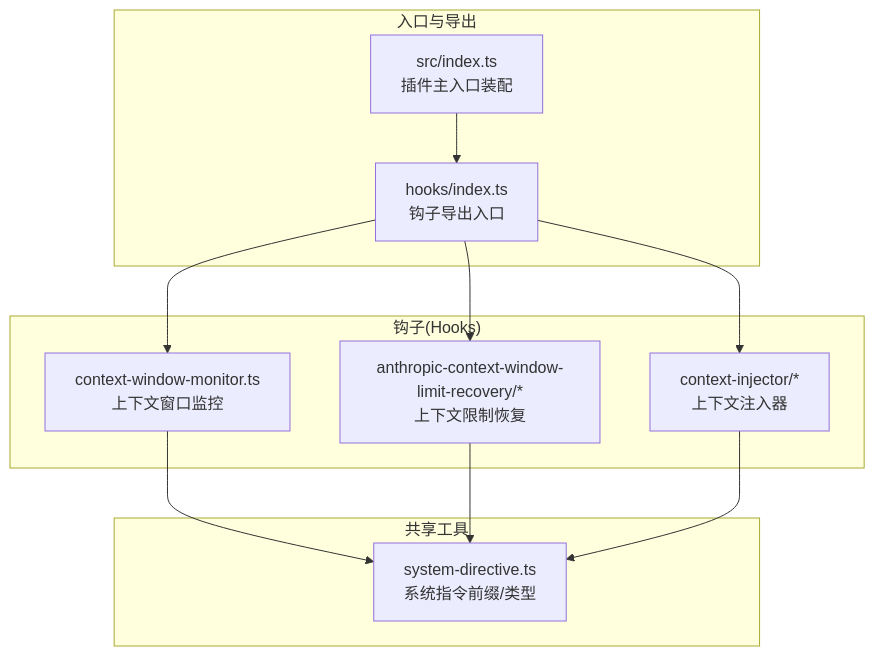
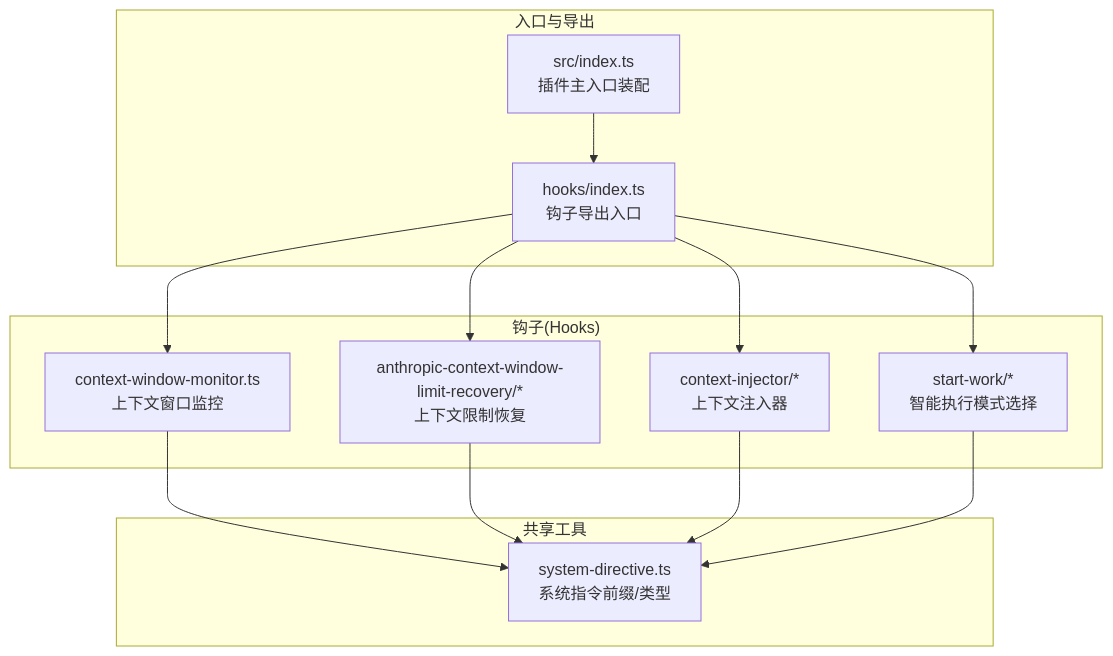
The first of 7 diagrams in .qoder/repowiki/zh/content/钩子系统/上下文监控钩子.md (code-yeongyu/oh-my-openagent), drawn with Mermaid before and after one commit. The commit also changed other lines of this file and 61 other files, not shown here.

````diff
--- a/.qoder/repowiki/zh/content/钩子系统/上下文监控钩子.md
+++ b/.qoder/repowiki/zh/content/钩子系统/上下文监控钩子.md
@@ -45,22 +55,25 @@
 ```mermaid
 graph TB
 subgraph "钩子(Hooks)"
 CW["context-window-monitor.ts<br/>上下文窗口监控"]
 ACWR["anthropic-context-window-limit-recovery/*<br/>上下文限制恢复"]
 CI["context-injector/*<br/>上下文注入器"]
+SW["start-work/*<br/>智能执行模式选择"]
 end
 subgraph "共享工具"
 SD["system-directive.ts<br/>系统指令前缀/类型"]
 end
 subgraph "入口与导出"
 HIDX["hooks/index.ts<br/>钩子导出入口"]
 MAIN["src/index.ts<br/>插件主入口装配"]
 end
 CW --> SD
 ACWR --> SD
 CI --> SD
+SW --> SD
 HIDX --> CW
 HIDX --> ACWR
 HIDX --> CI
+HIDX --> SW
 MAIN --> HIDX
 ```
````
